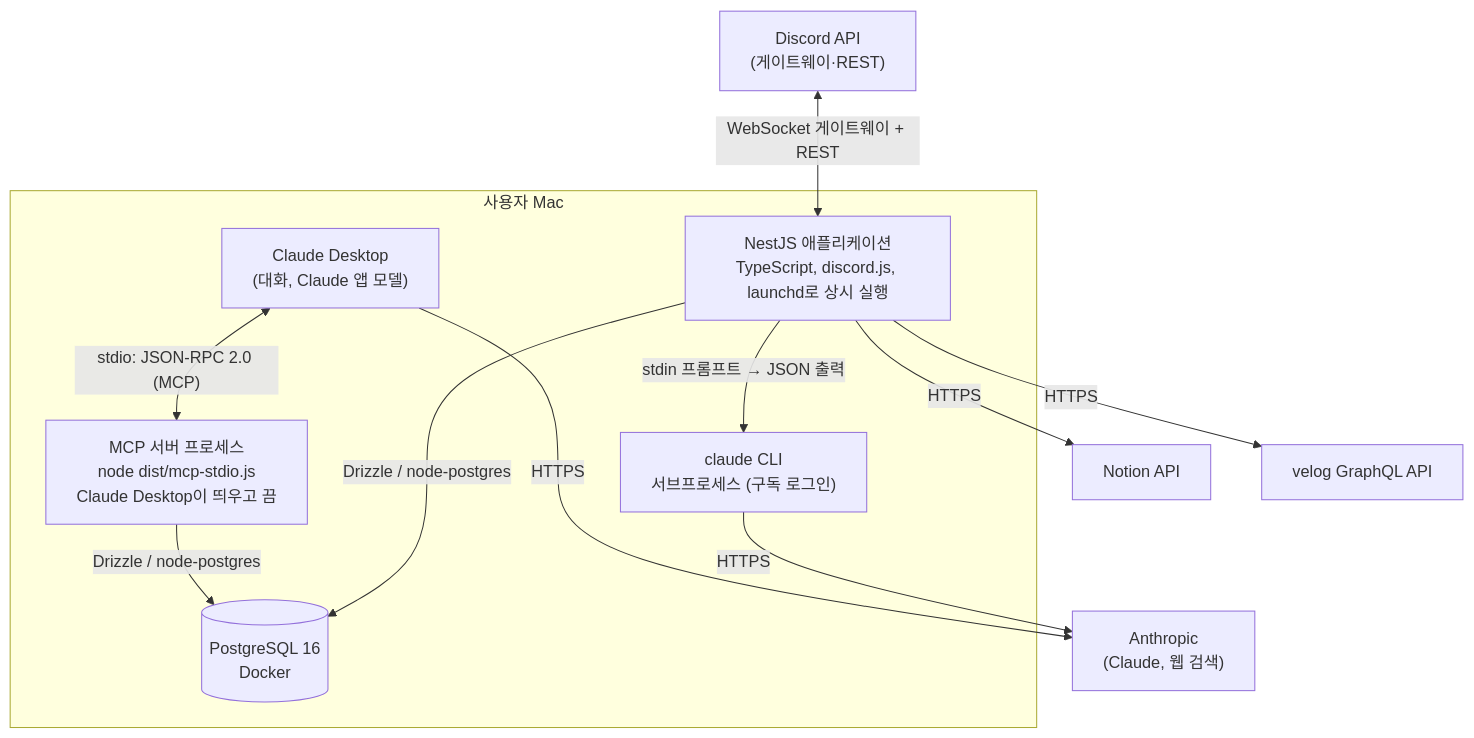
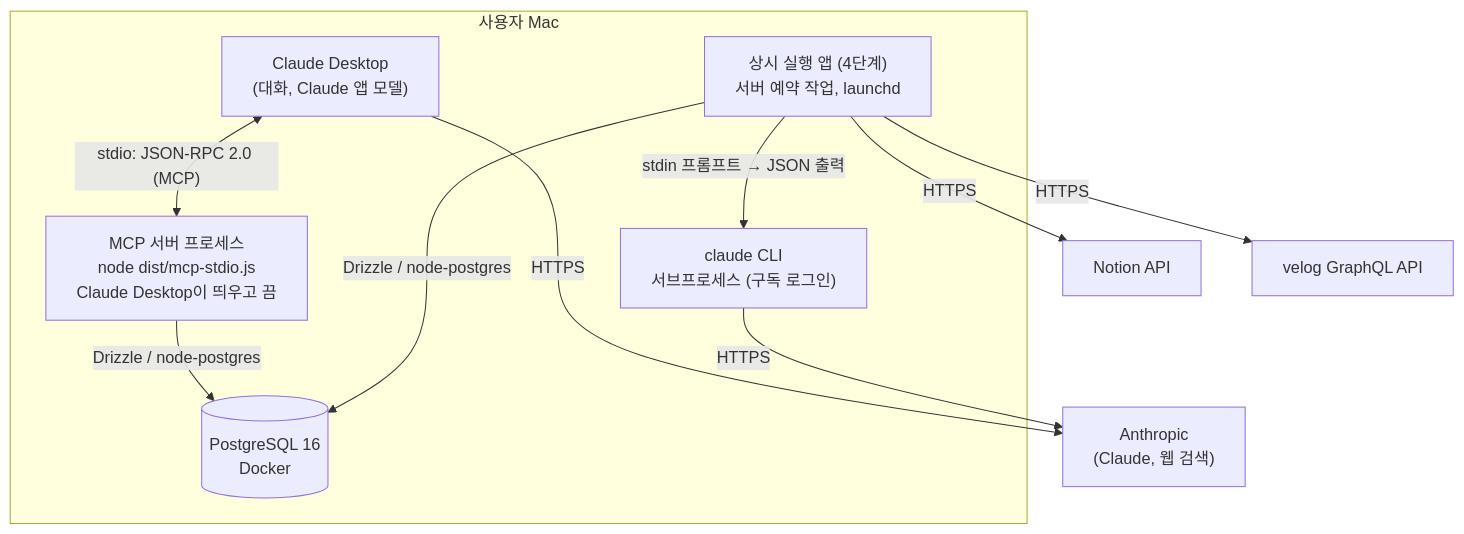
One commit to Wonchang0314/growth-assistant changed the diagram in docs/architecture/c4-2-container.md. Above: the diagram before and after it, drawn with Mermaid. The commit also changed other lines of this file and 83 other files, not shown here.

````diff
--- a/docs/architecture/c4-2-container.md
+++ b/docs/architecture/c4-2-container.md
@@ -5,24 +5,22 @@
 ```mermaid
 flowchart TB
-    discord["Discord API<br/>(게이트웨이·REST)"]
     notion["Notion API"]
     velog["velog GraphQL API"]
 
     subgraph mac["사용자 Mac"]
         desktop["Claude Desktop<br/>(대화, Claude 앱 모델)"]
         mcpProc["MCP 서버 프로세스<br/>node dist/mcp-stdio.js<br/>Claude Desktop이 띄우고 끔"]
-        app["NestJS 애플리케이션<br/>TypeScript, discord.js, launchd로 상시 실행"]
+        app["상시 실행 앱 (4단계)<br/>서버 예약 작업, launchd"]
         db[("PostgreSQL 16<br/>Docker")]
         cli["claude CLI<br/>서브프로세스 (구독 로그인)"]
     end
 
     desktop <-- "stdio: JSON-RPC 2.0 (MCP)" --> mcpProc
     desktop -- "HTTPS" --> anthropic
     mcpProc -- "Drizzle / node-postgres" --> db
-    discord <-- "WebSocket 게이트웨이 + REST" --> app
     app -- "Drizzle / node-postgres" --> db
     app -- "stdin 프롬프트 → JSON 출력" --> cli
     cli -- "HTTPS" --> anthropic["Anthropic<br/>(Claude, 웹 검색)"]
     app -- "HTTPS" --> notion
     app -- "HTTPS" --> velog
 ```
````
